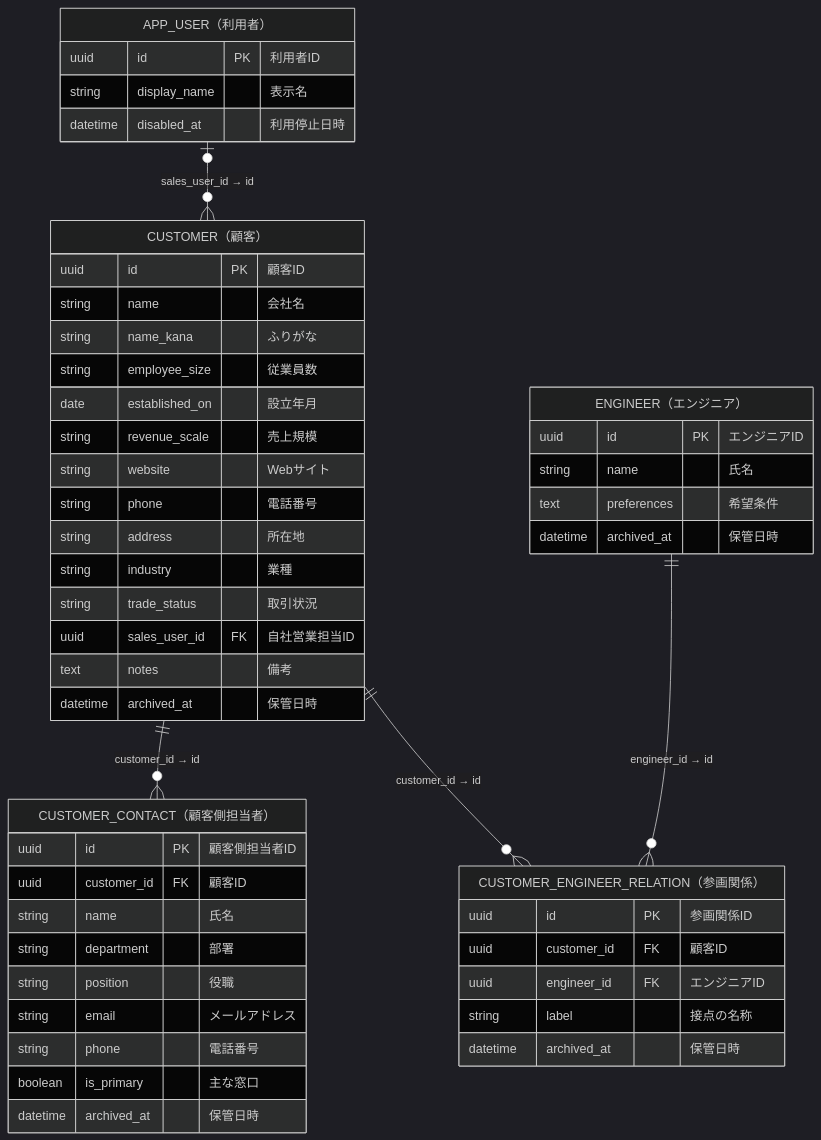
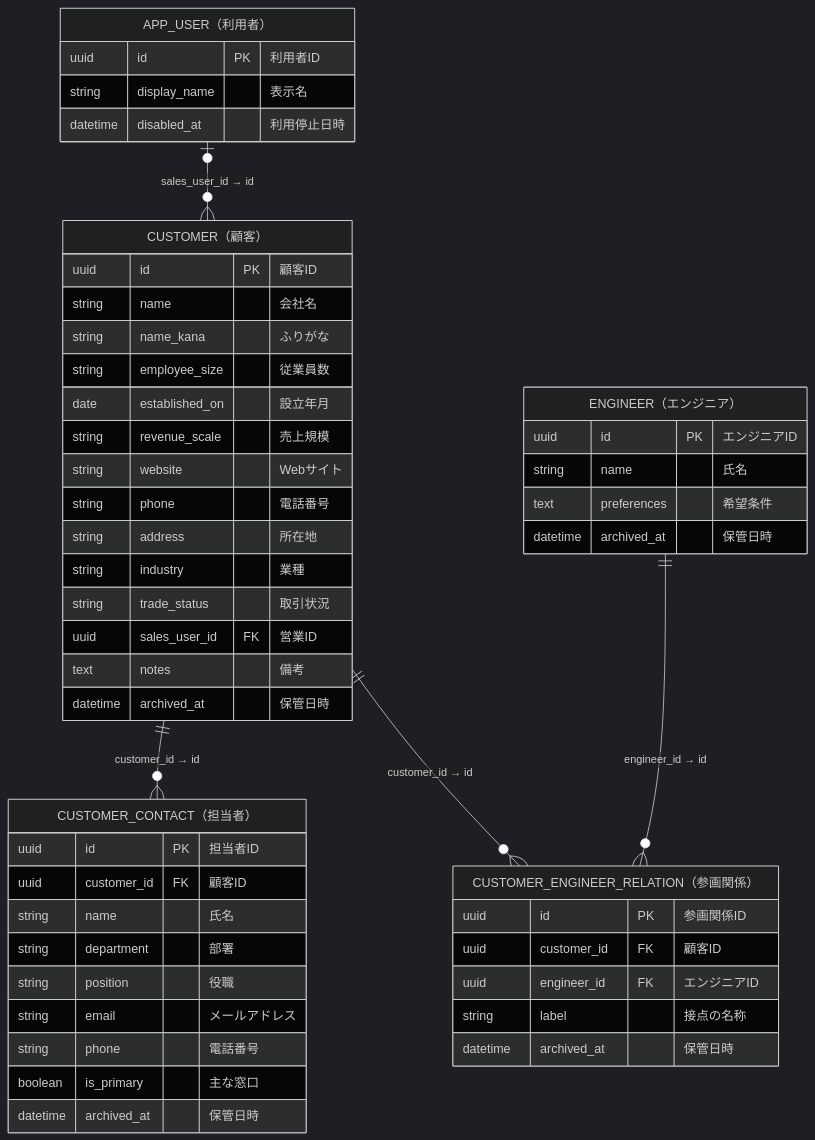
The first of 3 diagrams in docs/er-diagram.md (tatsu-mi/ss-crm), drawn with Mermaid (dark theme) before and after one commit. The commit also changed other lines of this file and 34 other files, not shown here.

````diff
--- a/docs/er-diagram.md
+++ b/docs/er-diagram.md
@@ -15,59 +15,59 @@
 ```mermaid
 erDiagram
     APP_USER["APP_USER（利用者）"]
     CUSTOMER["CUSTOMER（顧客）"]
-    CUSTOMER_CONTACT["CUSTOMER_CONTACT（顧客側担当者）"]
+    CUSTOMER_CONTACT["CUSTOMER_CONTACT（担当者）"]
     CUSTOMER_ENGINEER_RELATION["CUSTOMER_ENGINEER_RELATION（参画関係）"]
     ENGINEER["ENGINEER（エンジニア）"]
 
     APP_USER o|--o{ CUSTOMER : "sales_user_id → id"
     CUSTOMER ||--o{ CUSTOMER_CONTACT : "customer_id → id"
     CUSTOMER ||--o{ CUSTOMER_ENGINEER_RELATION : "customer_id → id"
     ENGINEER ||--o{ CUSTOMER_ENGINEER_RELATION : "engineer_id → id"
 
     CUSTOMER {
         uuid id PK "顧客ID"
         string name "会社名"
         string name_kana "ふりがな"
         string employee_size "従業員数"
         date established_on "設立年月"
         string revenue_scale "売上規模"
         string website "Webサイト"
         string phone "電話番号"
         string address "所在地"
         string industry "業種"
         string trade_status "取引状況"
-        uuid sales_user_id FK "自社営業担当ID"
+        uuid sales_user_id FK "営業ID"
         text notes "備考"
         datetime archived_at "保管日時"
     }
     ENGINEER {
         uuid id PK "エンジニアID"
         string name "氏名"
         text preferences "希望条件"
         datetime archived_at "保管日時"
     }
     CUSTOMER_CONTACT {
-        uuid id PK "顧客側担当者ID"
+        uuid id PK "担当者ID"
         uuid customer_id FK "顧客ID"
         string name "氏名"
         string department "部署"
         string position "役職"
         string email "メールアドレス"
         string phone "電話番号"
         boolean is_primary "主な窓口"
         datetime archived_at "保管日時"
     }
     CUSTOMER_ENGINEER_RELATION {
         uuid id PK "参画関係ID"
         uuid customer_id FK "顧客ID"
         uuid engineer_id FK "エンジニアID"
         string label "接点の名称"
         datetime archived_at "保管日時"
     }
     APP_USER {
         uuid id PK "利用者ID"
         string display_name "表示名"
         datetime disabled_at "利用停止日時"
     }
 ```
````
